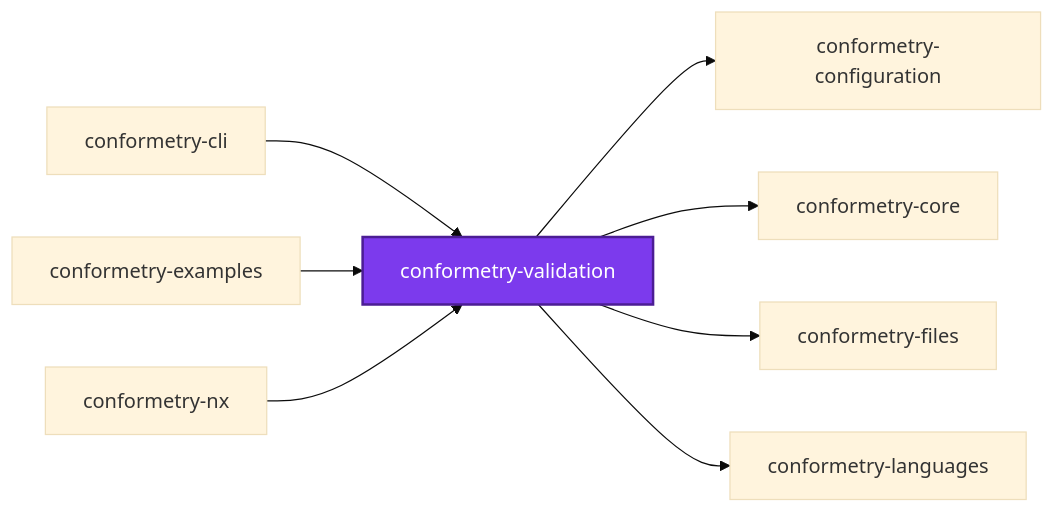
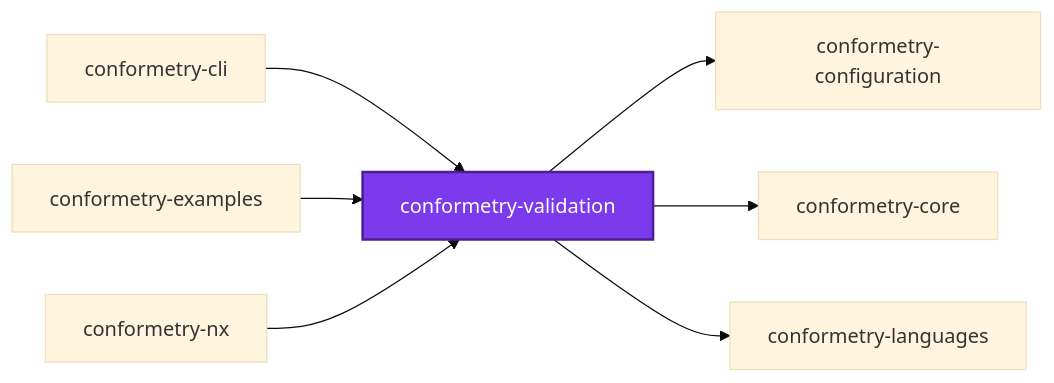
Before and after one commit to JimmyPaolini/codebase: the first of 3 diagrams in packages/ic-suite/conformetry/conformetry-validation/README.md, drawn with Mermaid (base theme). The commit also changed other lines of this file and 164 other files, not shown here.

````diff
--- a/packages/ic-suite/conformetry/conformetry-validation/README.md
+++ b/packages/ic-suite/conformetry/conformetry-validation/README.md
@@ -162,20 +166,18 @@
 ```mermaid
 graph LR
   conformetry_cli["conformetry-cli"]
   conformetry_configuration["conformetry-configuration"]
   conformetry_core["conformetry-core"]
   conformetry_examples["conformetry-examples"]
-  conformetry_files["conformetry-files"]
   conformetry_languages["conformetry-languages"]
   conformetry_nx["conformetry-nx"]
   conformetry_validation["conformetry-validation"]
   conformetry_cli --> conformetry_validation
   conformetry_examples --> conformetry_validation
   conformetry_nx --> conformetry_validation
   conformetry_validation --> conformetry_configuration
   conformetry_validation --> conformetry_core
-  conformetry_validation --> conformetry_files
   conformetry_validation --> conformetry_languages
   classDef subject fill:#7c3aed,color:#fff,stroke:#4c1d95,stroke-width:2px
   class conformetry_validation subject
 ```
````
